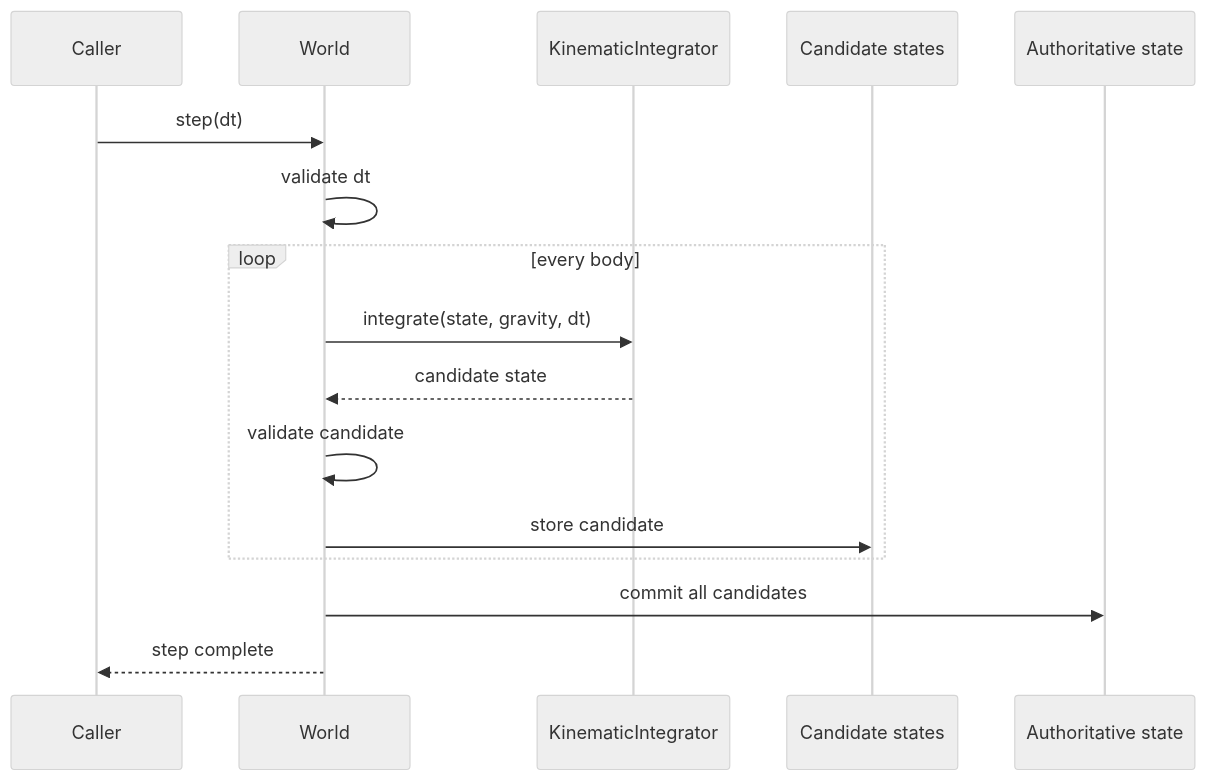
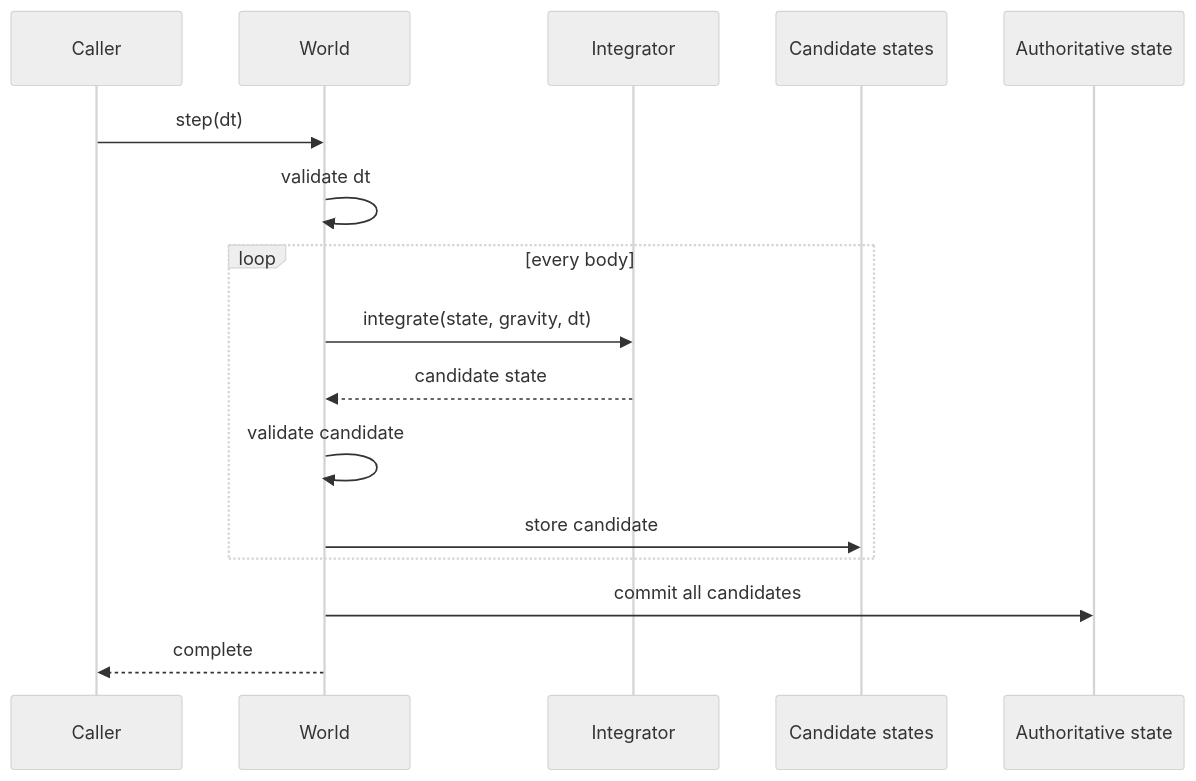
Before and after one commit to fa-ribeiro/vLab2D: the fourth of 11 diagrams in docs/architecture/README.md, drawn with Mermaid (neutral theme). The commit also changed other lines of this file and 4 other files, not shown here.

Commit message:
docs: reconcile phase 2 architecture

````diff
--- a/docs/architecture/README.md
+++ b/docs/architecture/README.md
@@ -386,21 +313,21 @@
 ```mermaid
 sequenceDiagram
     participant Caller
-    participant World as World
-    participant Integrator as KinematicIntegrator
+    participant World
+    participant Integrator
     participant Candidates as Candidate states
     participant State as Authoritative state
 
     Caller->>World: step(dt)
     World->>World: validate dt
 
     loop every body
         World->>Integrator: integrate(state, gravity, dt)
         Integrator-->>World: candidate state
         World->>World: validate candidate
         World->>Candidates: store candidate
     end
 
     World->>State: commit all candidates
-    World-->>Caller: step complete
+    World-->>Caller: complete
 ```
````
